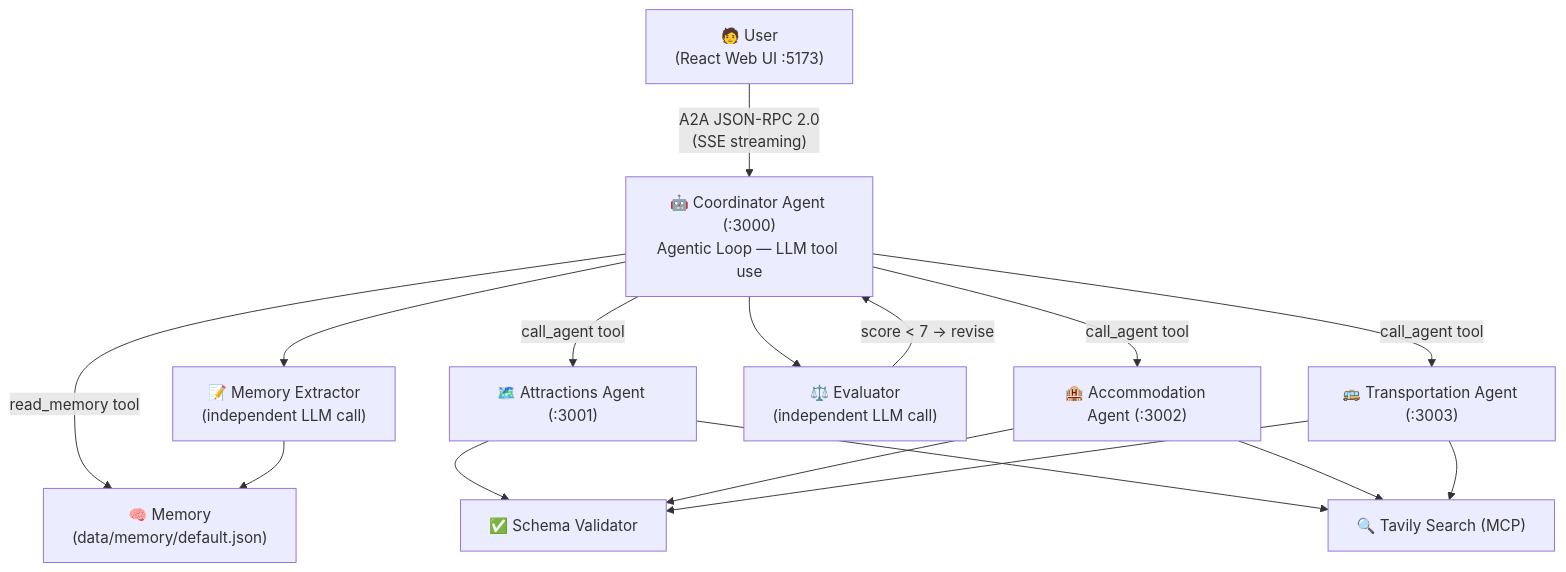
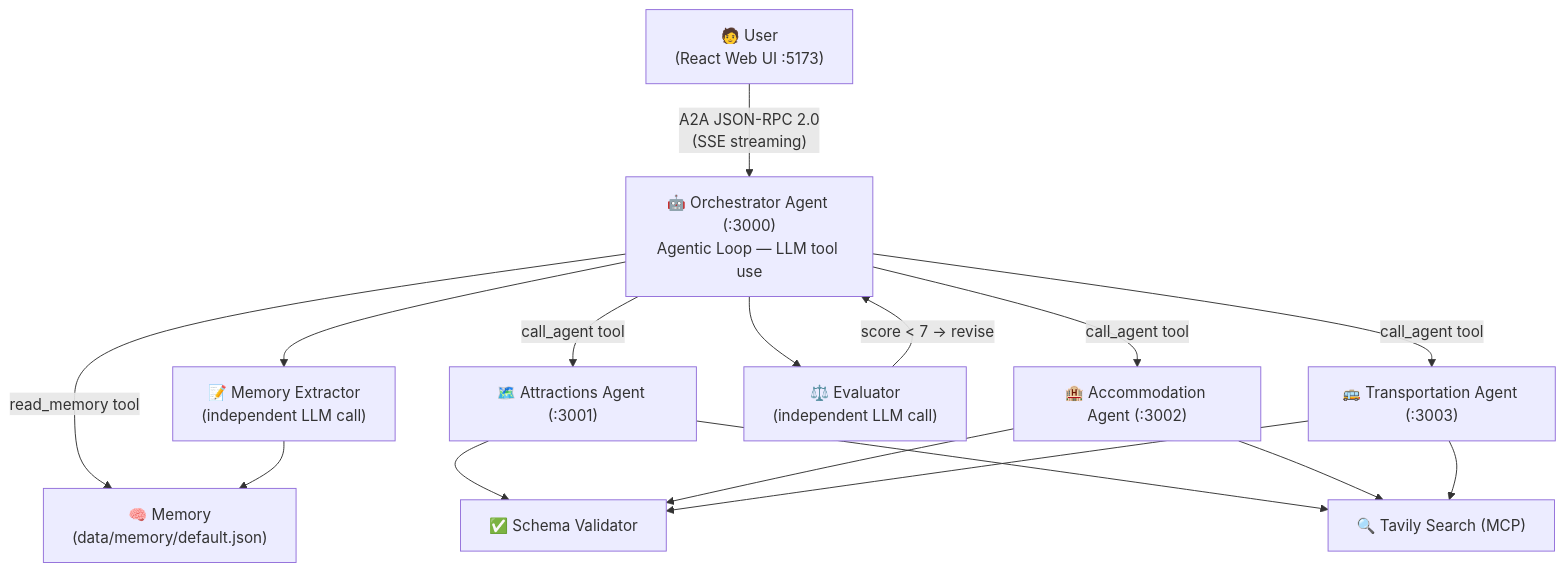
Before and after one commit to Pin-Han/travel-agent-coordinator: the diagram in README.md, drawn with Mermaid. The commit also changed other lines of this file and 27 other files, not shown here.

````diff
--- a/README.md
+++ b/README.md
@@ -7,29 +7,29 @@
 ```mermaid
 graph TD
     User["🧑 User\n(React Web UI :5173)"]
-    Coord["🤖 Coordinator Agent (:3000)\nAgentic Loop — LLM tool use"]
+    Coord["🤖 Orchestrator Agent (:3000)\nAgentic Loop — LLM tool use"]
     Mem["🧠 Memory\n(data/memory/default.json)"]
     Attr["🗺️ Attractions Agent (:3001)"]
     Accom["🏨 Accommodation Agent (:3002)"]
     Trans["🚌 Transportation Agent (:3003)"]
     Eval["⚖️ Evaluator\n(independent LLM call)"]
     MemExt["📝 Memory Extractor\n(independent LLM call)"]
     Schema["✅ Schema Validator"]
     Tavily["🔍 Tavily Search (MCP)"]
 
     User -->|"A2A JSON-RPC 2.0\n(SSE streaming)"| Coord
     Coord -->|"read_memory tool"| Mem
     Coord -->|"call_agent tool"| Attr
     Coord -->|"call_agent tool"| Accom
     Coord -->|"call_agent tool"| Trans
     Attr --> Schema
     Accom --> Schema
     Trans --> Schema
     Attr --> Tavily
     Accom --> Tavily
     Trans --> Tavily
     Coord --> Eval
     Eval -->|"score < 7 → revise"| Coord
     Coord --> MemExt
     MemExt --> Mem
 ```
````
